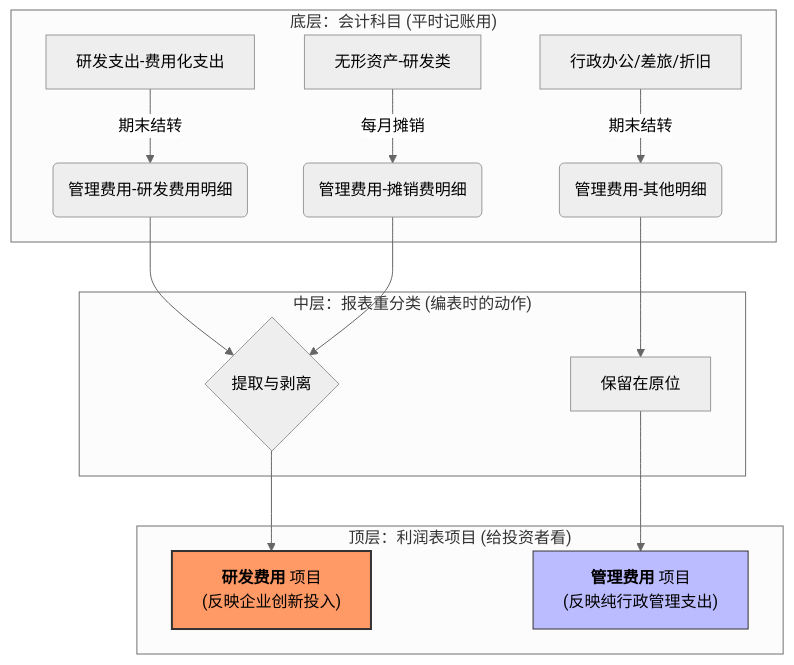
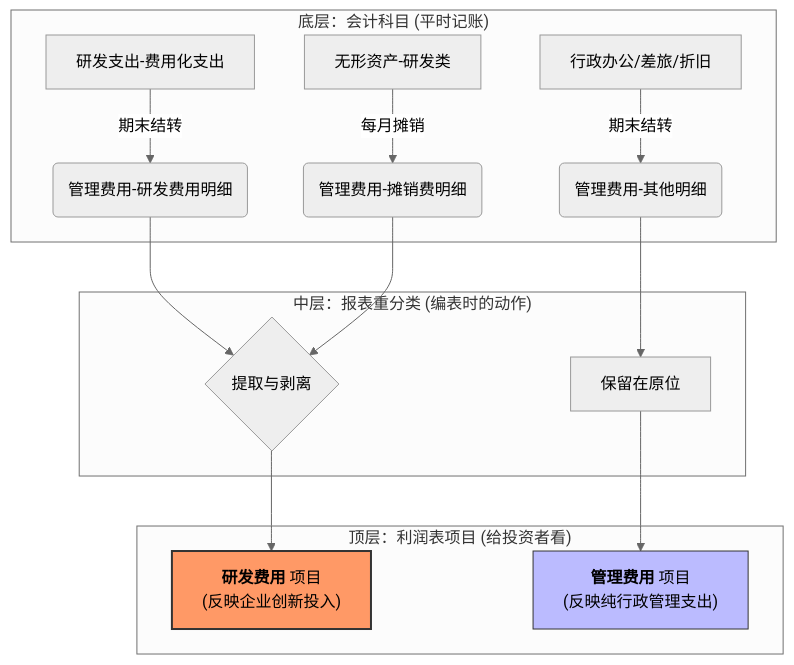
One commit to lim227417-tech/obsidian--publish changed the diagram in content/A1-会计笔记/4-无形资产.md. Above: the diagram before and after it, drawn with Mermaid (neutral theme). The commit also changed other lines of this file and 8 other files, not shown here.

````diff
--- a/content/A1-会计笔记/4-无形资产.md
+++ b/content/A1-会计笔记/4-无形资产.md
@@ -183,22 +208,22 @@
 ```mermaid
 graph TD
-    subgraph "底层：会计科目 (平时记账用)"
+    subgraph "底层：会计科目 (平时记账)"
         A1[研发支出-费用化支出] -->|期末结转| B1(管理费用-研发费用明细)
         A2[无形资产-研发类] -->|每月摊销| B2(管理费用-摊销费明细)
         A3[行政办公/差旅/折旧] -->|期末结转| B3(管理费用-其他明细)
     end
 
     subgraph "中层：报表重分类 (编表时的动作)"
         B1 --> C{提取与剥离}
         B2 --> C
         B3 --> D[保留在原位]
     end
 
     subgraph "顶层：利润表项目 (给投资者看)"
         C --> E["<b>研发费用</b> 项目<br/>(反映企业创新投入)"]
         D --> F["<b>管理费用</b> 项目<br/>(反映纯行政管理支出)"]
     end
 
     style E fill:#f96,stroke:#333,stroke-width:2px
     style F fill:#bbf,stroke:#333,stroke-width:1px
 ```
````
